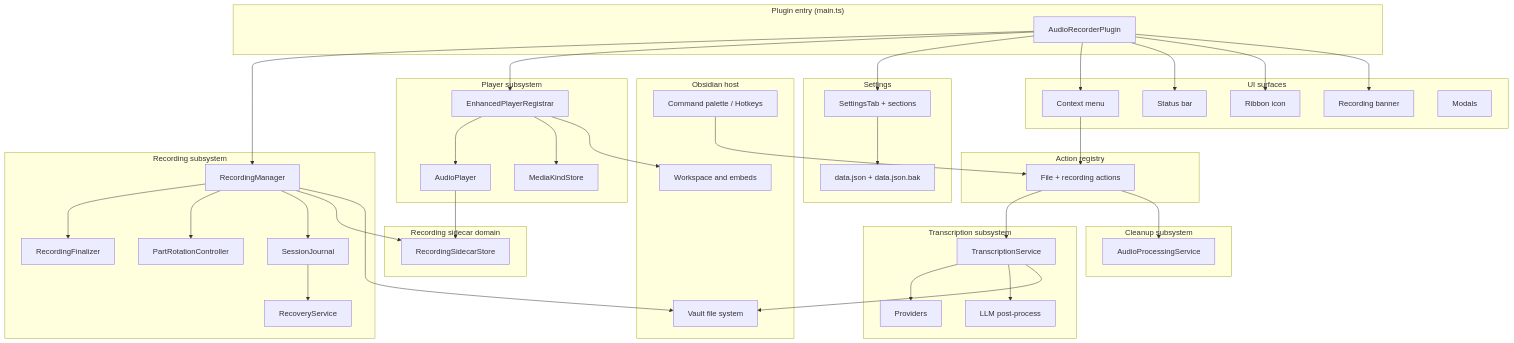
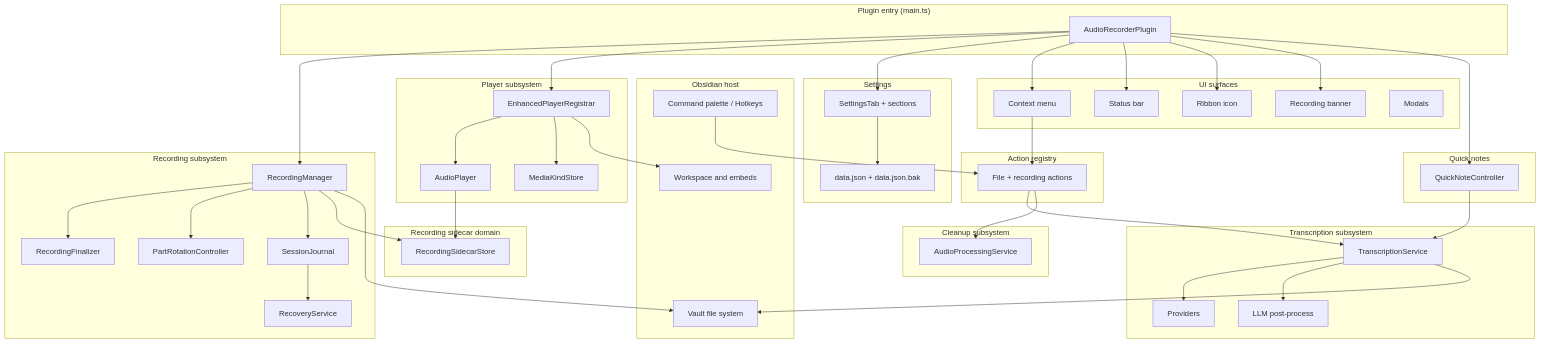
The first of 7 diagrams in docs/architecture.md (akhmialeuski/advanced-audio-recorder), drawn with Mermaid before and after one commit. The commit also changed other lines of this file and 17 other files, not shown here.

```diff
--- a/docs/architecture.md
+++ b/docs/architecture.md
@@ -60,6 +60,10 @@
         LLM[LLM post-process]
     end
 
+    subgraph QN["Quick notes"]
+        QNC[QuickNoteController]
+    end
+
     subgraph Clean["Cleanup subsystem"]
         CSVC[AudioProcessingService]
     end
@@ -85,6 +89,7 @@
     PLUGIN --> SB
     PLUGIN --> RIB
     PLUGIN --> BAN
+    PLUGIN --> QNC
 
     RM --> FIN
     RM --> ROT
@@ -101,6 +106,7 @@
     CTX --> ACT
     ACT --> TS
     ACT --> CSVC
+    QNC --> TS
     TS --> PROV
     TS --> LLM
     TS --> VAULT
```
